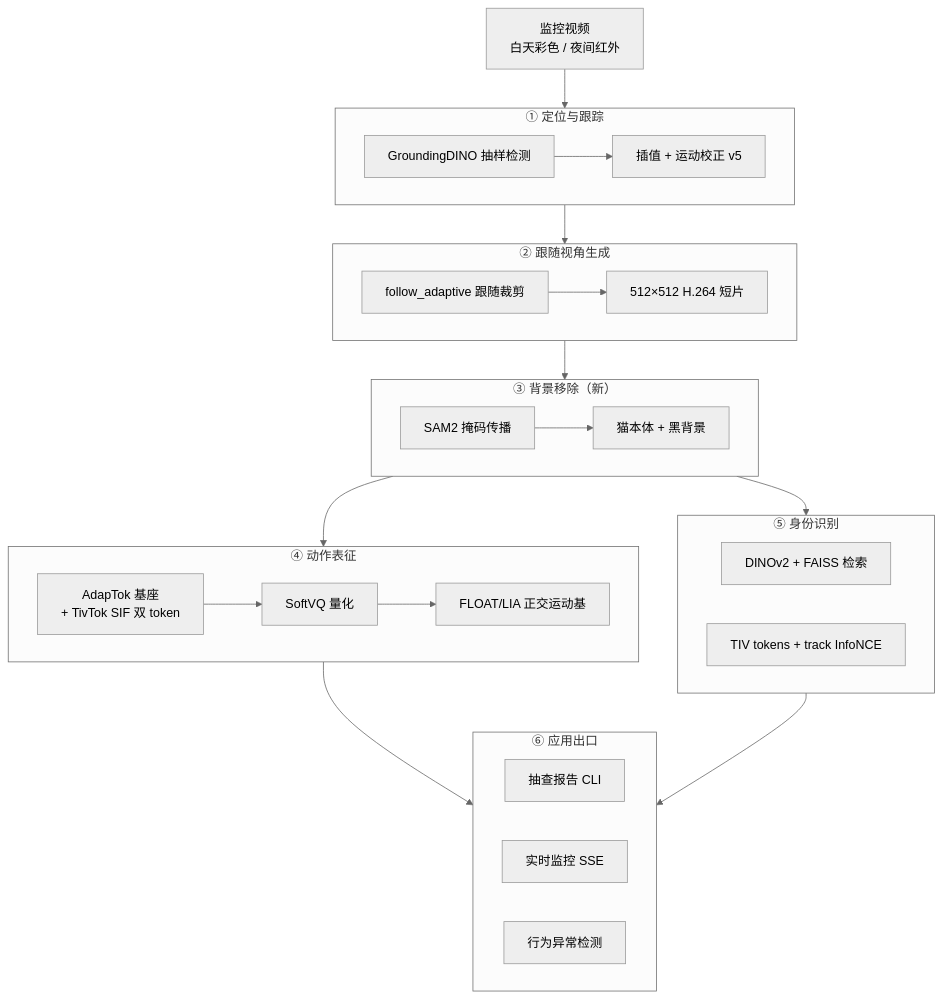
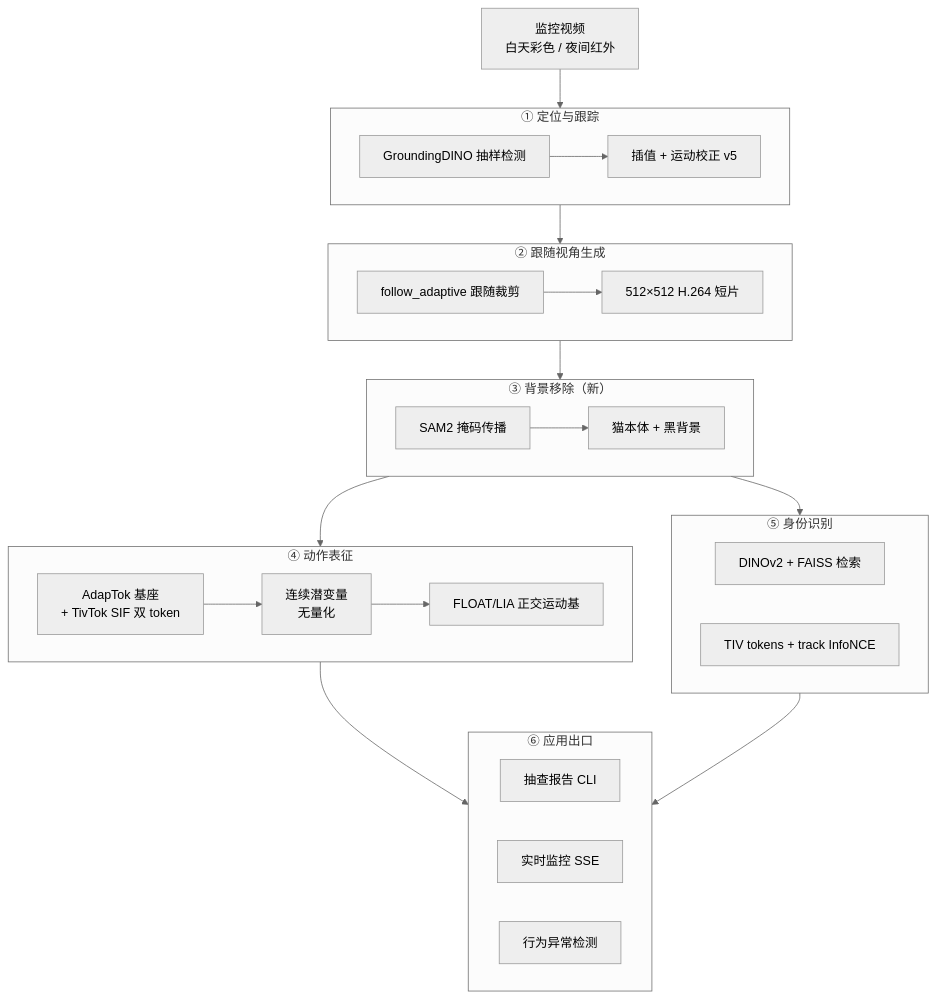
Before and after one commit to gongshangzheng/pet-action-recognition: the first of 6 diagrams in management/docs/architecture-design.md, drawn with Mermaid (neutral theme). The commit also changed other lines of this file and 4 other files, not shown here.

````diff
--- a/management/docs/architecture-design.md
+++ b/management/docs/architecture-design.md
@@ -19,42 +19,42 @@
 ```mermaid
 flowchart TD
     V[监控视频<br/>白天彩色 / 夜间红外] --> S1
 
     subgraph S1["① 定位与跟踪"]
         A1[GroundingDINO 抽样检测] --> A2[插值 + 运动校正 v5]
     end
 
     S1 --> S2
 
     subgraph S2["② 跟随视角生成"]
         B1[follow_adaptive 跟随裁剪] --> B2[512×512 H.264 短片]
     end
 
     S2 --> S3
 
     subgraph S3["③ 背景移除（新）"]
         C1[SAM2 掩码传播] --> C2[猫本体 + 黑背景]
     end
 
     S3 --> S4
     S3 --> S5
 
     subgraph S4["④ 动作表征"]
-        D1[AdapTok 基座<br/>+ TivTok SIF 双 token] --> D2[SoftVQ 量化]
+        D1[AdapTok 基座<br/>+ TivTok SIF 双 token] --> D2[连续潜变量<br/>无量化] 
         D2 --> D3[FLOAT/LIA 正交运动基]
     end
 
     subgraph S5["⑤ 身份识别"]
         E1[DINOv2 + FAISS 检索]
         E2[TIV tokens + track InfoNCE]
     end
 
     S4 --> S6
     S5 --> S6
 
     subgraph S6["⑥ 应用出口"]
         F1[抽查报告 CLI]
         F2[实时监控 SSE]
         F3[行为异常检测]
     end
 ```
````
